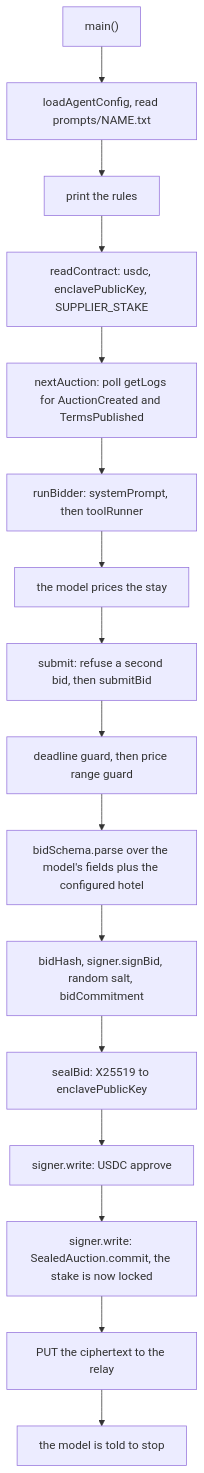
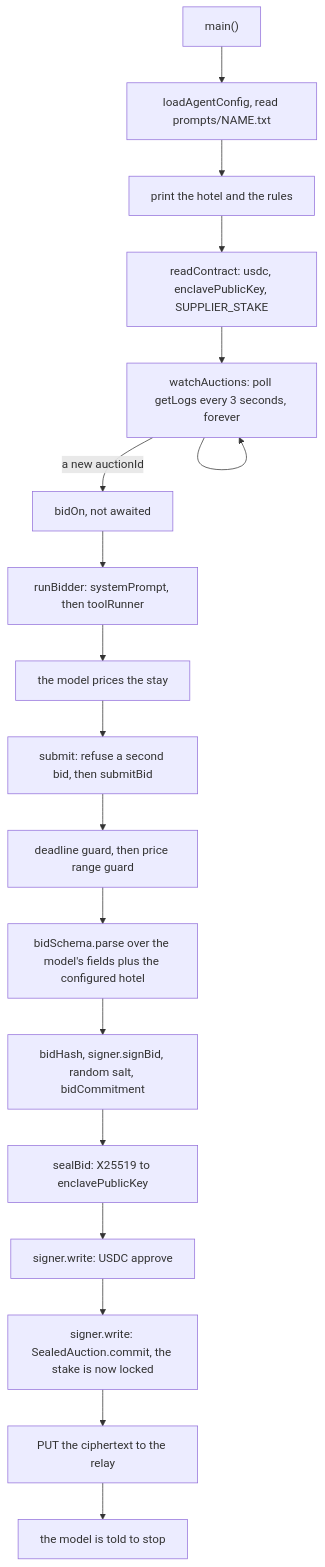
Before and after one commit to zguesmi/perdiem: the diagram in agents/README.md, drawn with Mermaid. The commit also changed other lines of this file and 4 other files, not shown here.

````diff
--- a/agents/README.md
+++ b/agents/README.md
@@ -36,19 +39,22 @@
 ```mermaid
 flowchart TD
   main["main()"] --> load["loadAgentConfig, read prompts/NAME.txt"]
-  load --> print["print the rules"]
+  load --> print["print the hotel and the rules"]
   print --> reads["readContract: usdc, enclavePublicKey, SUPPLIER_STAKE"]
-  reads --> watch["nextAuction: poll getLogs for AuctionCreated and TermsPublished"]
-  watch --> run["runBidder: systemPrompt, then toolRunner"]
+  reads --> watch["watchAuctions: poll getLogs every 3 seconds, forever"]
+  watch -->|"a new auctionId"| bid["bidOn, not awaited"]
+  watch --> watch
+
+  bid --> run["runBidder: systemPrompt, then toolRunner"]
   run --> model["the model prices the stay"]
   model --> submit["submit: refuse a second bid, then submitBid"]
 
   submit --> g1["deadline guard, then price range guard"]
   g1 --> g2["bidSchema.parse over the model's fields plus the configured hotel"]
   g2 --> g3["bidHash, signer.signBid, random salt, bidCommitment"]
   g3 --> g4["sealBid: X25519 to enclavePublicKey"]
   g4 --> w1["signer.write: USDC approve"]
   w1 --> w2["signer.write: SealedAuction.commit, the stake is now locked"]
   w2 --> post["PUT the ciphertext to the relay"]
   post --> done["the model is told to stop"]
 ```
````
